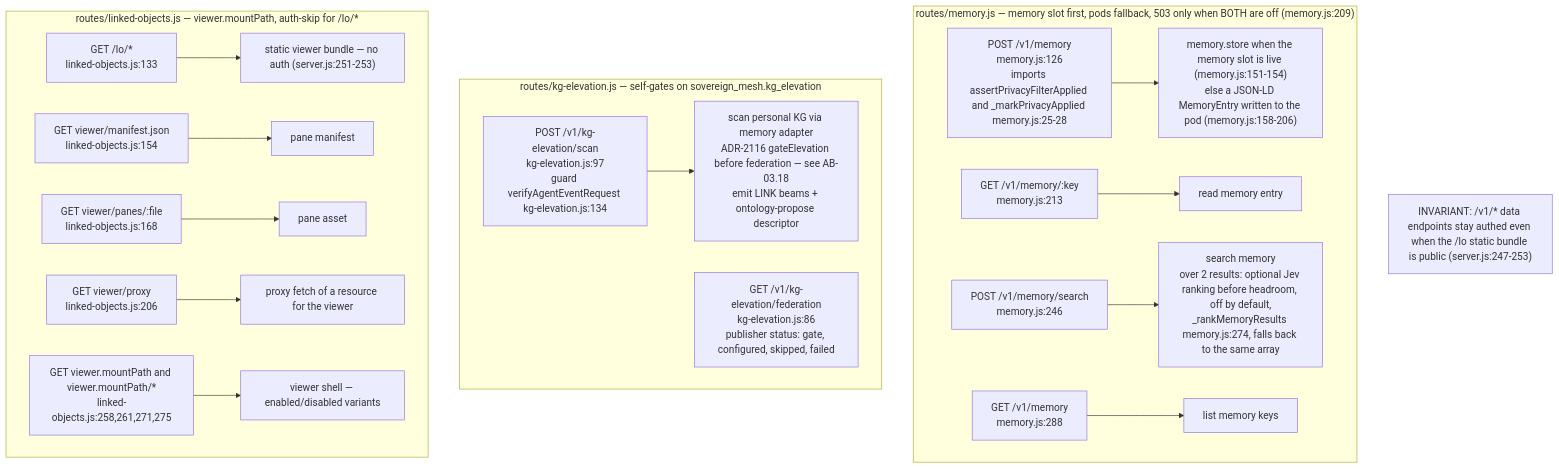
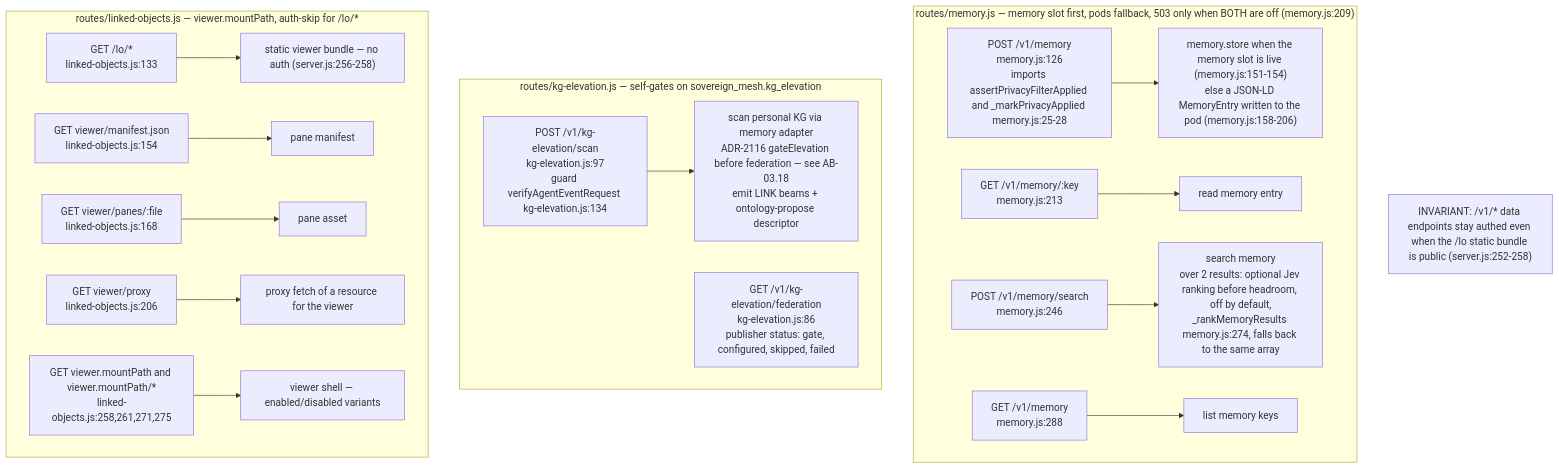
Before and after one commit to DreamLab-AI/VisionFlow: the eighth of 19 diagrams in docs/diagrams/agentbox/03-management-api-request-lifecycle.md, drawn with Mermaid. The commit also changed other lines of this file and 18 other files, not shown here.

First line of the commit message:
docs(diagrams): freeze panels for fixed defects and add successors at the fix revisions

````diff
--- a/docs/diagrams/agentbox/03-management-api-request-lifecycle.md
+++ b/docs/diagrams/agentbox/03-management-api-request-lifecycle.md
@@ -351,21 +355,21 @@
 ```mermaid
 flowchart TD
     subgraph memory["routes/memory.js — memory slot first, pods fallback, 503 only when BOTH are off (memory.js:209)"]
         M1["POST /v1/memory<br/>memory.js:126<br/>imports assertPrivacyFilterApplied and _markPrivacyApplied memory.js:25-28"] --> MH1["memory.store when the memory slot is live (memory.js:151-154)<br/>else a JSON-LD MemoryEntry written to the pod (memory.js:158-206)"]
         M2["GET /v1/memory/:key<br/>memory.js:213"] --> MH2["read memory entry"]
         M3["POST /v1/memory/search<br/>memory.js:246"] --> MH3["search memory<br/>over 2 results: optional Jev ranking before headroom, off by default,<br/>_rankMemoryResults memory.js:274, falls back to the same array"]
         M4["GET /v1/memory<br/>memory.js:288"] --> MH4["list memory keys"]
     end
     subgraph kg["routes/kg-elevation.js — self-gates on sovereign_mesh.kg_elevation"]
         K1["POST /v1/kg-elevation/scan<br/>kg-elevation.js:97<br/>guard verifyAgentEventRequest kg-elevation.js:134"] --> KH1["scan personal KG via memory adapter<br/>ADR-2116 gateElevation before federation — see AB-03.18<br/>emit LINK beams + ontology-propose descriptor"]
         K2["GET /v1/kg-elevation/federation<br/>kg-elevation.js:86<br/>publisher status: gate, configured, skipped, failed"]
     end
     subgraph lo["routes/linked-objects.js — viewer.mountPath, auth-skip for /lo/*"]
-        L1["GET /lo/*<br/>linked-objects.js:133"] --> LH1["static viewer bundle — no auth (server.js:251-253)"]
+        L1["GET /lo/*<br/>linked-objects.js:133"] --> LH1["static viewer bundle — no auth (server.js:256-258)"]
         L2["GET viewer/manifest.json<br/>linked-objects.js:154"] --> LH2["pane manifest"]
         L3["GET viewer/panes/:file<br/>linked-objects.js:168"] --> LH3["pane asset"]
         L4["GET viewer/proxy<br/>linked-objects.js:206"] --> LH4["proxy fetch of a resource for the viewer"]
         L5["GET viewer.mountPath and viewer.mountPath/*<br/>linked-objects.js:258,261,271,275"] --> LH5["viewer shell — enabled/disabled variants"]
     end
-    Note1["INVARIANT: /v1/* data endpoints stay authed even when the /lo static bundle is public (server.js:247-253)"]
+    Note1["INVARIANT: /v1/* data endpoints stay authed even when the /lo static bundle is public (server.js:252-258)"]
 ```
````
